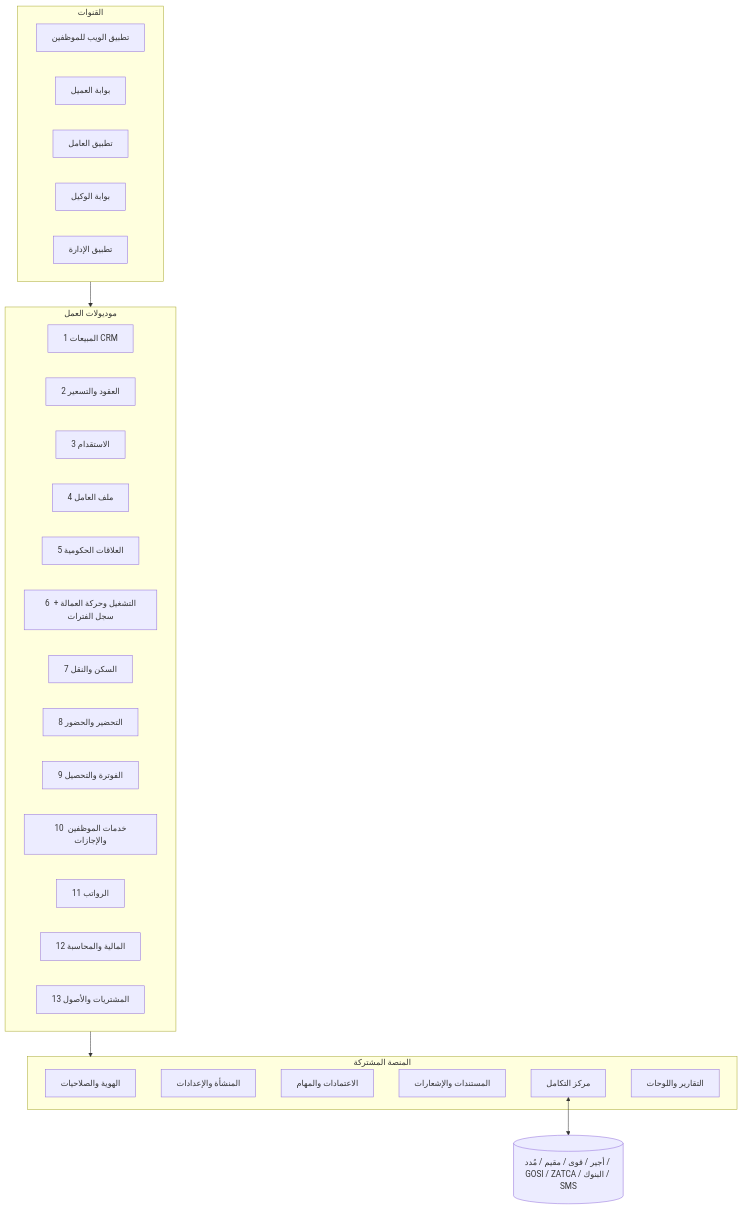
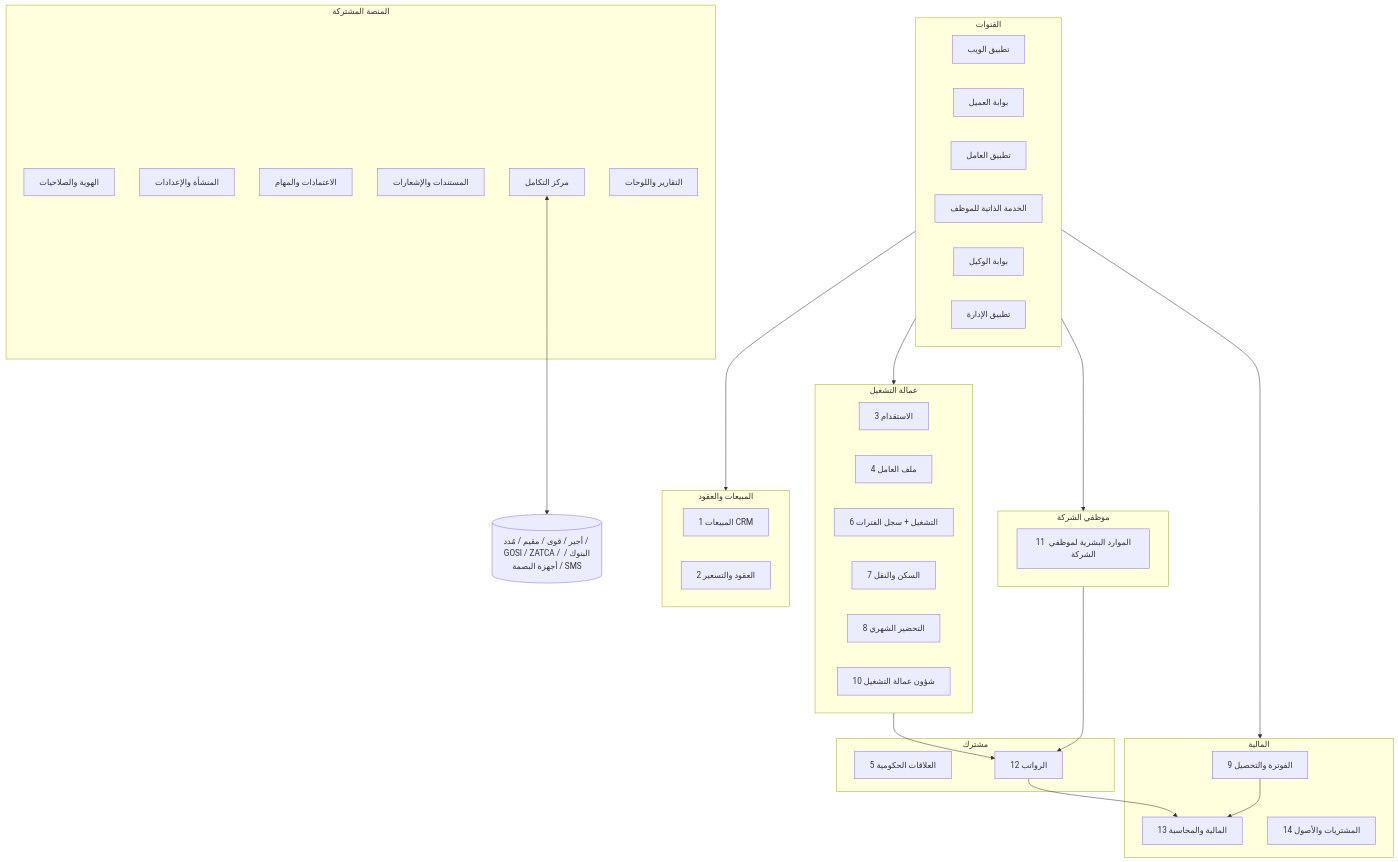
One commit to mahmoud-3atef/integrated-erp-crm changed the first of 3 diagrams in docs/02-target-architecture/01-system-modules.md. Above: the diagram before and after it, drawn with Mermaid. The commit also changed other lines of this file, not shown here.

````diff
--- a/docs/02-target-architecture/01-system-modules.md
+++ b/docs/02-target-architecture/01-system-modules.md
@@ -8,36 +20,49 @@
 ```mermaid
 flowchart TB
   subgraph CH[القنوات]
-    WEB[تطبيق الويب للموظفين]
+    WEB[تطبيق الويب]
     CP[بوابة العميل]
     WP[تطبيق العامل]
+    ESS[الخدمة الذاتية للموظف]
     AP[بوابة الوكيل]
     MOB[تطبيق الإدارة]
   end
-  subgraph BIZ[موديولات العمل]
+  subgraph SALES[المبيعات والعقود]
     CRM[1 المبيعات CRM]
     CON[2 العقود والتسعير]
+  end
+  subgraph WRK[عمالة التشغيل]
     REC[3 الاستقدام]
     EMP[4 ملف العامل]
+    OPS[6 التشغيل + سجل الفترات]
+    HOU[7 السكن والنقل]
+    TS[8 التحضير الشهري]
+    WHR[10 شؤون عمالة التشغيل]
+  end
+  subgraph STF[موظفي الشركة]
+    SHR[11 الموارد البشرية لموظفي الشركة]
+  end
+  subgraph SHARED[مشترك]
     GOV[5 العلاقات الحكومية]
-    OPS[6 التشغيل وحركة العمالة + سجل الفترات]
-    HOU[7 السكن والنقل]
-    TS[8 التحضير والحضور]
+    PAY[12 الرواتب]
+  end
+  subgraph FINX[المالية]
     BIL[9 الفوترة والتحصيل]
-    HR[10 خدمات الموظفين والإجازات]
-    PAY[11 الرواتب]
-    FIN[12 المالية والمحاسبة]
-    PRC[13 المشتريات والأصول]
+    FIN[13 المالية والمحاسبة]
+    PRC[14 المشتريات والأصول]
   end
   subgraph PLT[المنصة المشتركة]
     IAM[الهوية والصلاحيات]
     ORG[المنشأة والإعدادات]
     WF[الاعتمادات والمهام]
     DOC[المستندات والإشعارات]
     INT[مركز التكامل]
     BI[التقارير واللوحات]
   end
-  CH --> BIZ
-  BIZ --> PLT
-  INT <--> EXT[(أجير / قوى / مقيم / مُدد / GOSI / ZATCA / البنوك / SMS)]
+  CH --> SALES & WRK & STF & FINX
+  WRK --> PAY
+  STF --> PAY
+  PAY --> FIN
+  BIL --> FIN
+  INT <--> EXT[(أجير / قوى / مقيم / مُدد / GOSI / ZATCA / البنوك / أجهزة البصمة / SMS)]
 ```
````
